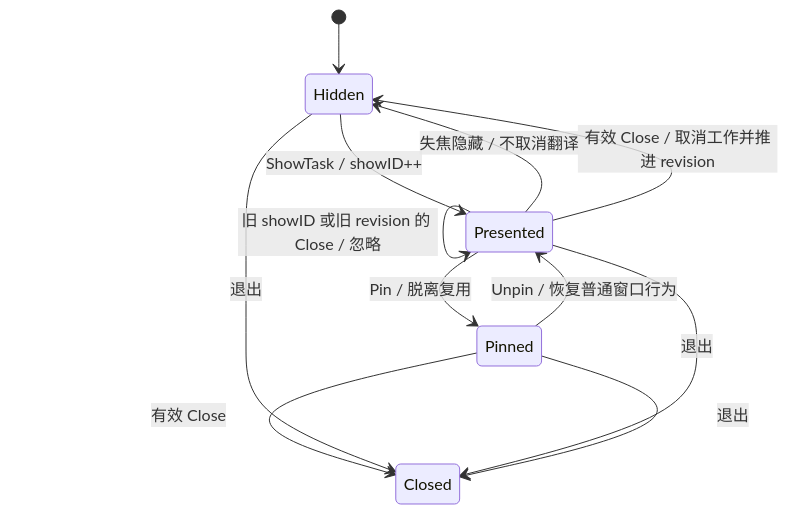
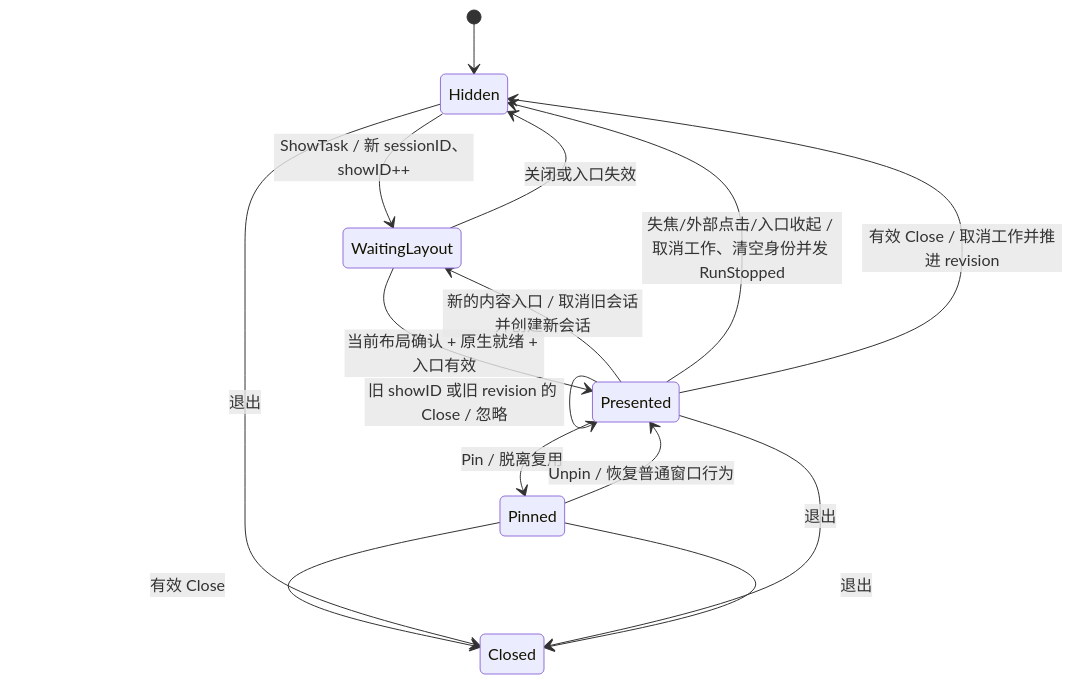
One commit to doyuli/sotto changed the first of 2 diagrams in docs/translation-state.md. Above: the diagram before and after it, drawn with Mermaid. The commit also changed other lines of this file and 17 other files, not shown here.

````diff
--- a/docs/translation-state.md
+++ b/docs/translation-state.md
@@ -29,15 +40,18 @@
 ```mermaid
 stateDiagram-v2
     [*] --> Hidden
-    Hidden --> Presented: ShowTask / showID++
-    Presented --> Presented: 再次唤起 / showID++，保留输入会话
-    Presented --> Hidden: 失焦隐藏 / 不取消翻译
+    Hidden --> WaitingLayout: ShowTask / 新 sessionID、showID++
+    Presented --> Presented: 当前可见输入重复打开 / 保留现场并聚焦
+    Presented --> WaitingLayout: 新的内容入口 / 取消旧会话并创建新会话
+    WaitingLayout --> Presented: 当前布局确认 + 原生就绪 + 入口有效
+    WaitingLayout --> Hidden: 关闭或入口失效
+    Presented --> Hidden: 失焦/外部点击/入口收起 / 取消工作、清空身份并发 RunStopped
     Presented --> Hidden: 有效 Close / 取消工作并推进 revision
     Presented --> Presented: 旧 showID 或旧 revision 的 Close / 忽略
     Presented --> Pinned: Pin / 脱离复用
     Pinned --> Presented: Unpin / 恢复普通窗口行为
     Pinned --> Closed: 有效 Close
     Hidden --> Closed: 退出
     Presented --> Closed: 退出
     Pinned --> Closed: 退出
 ```
````
